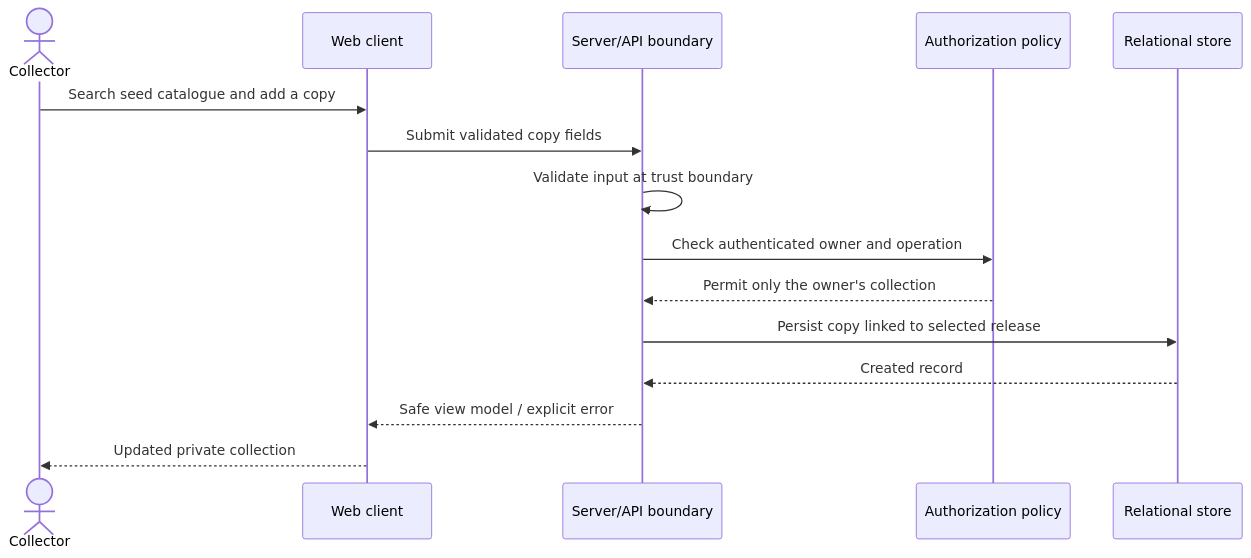
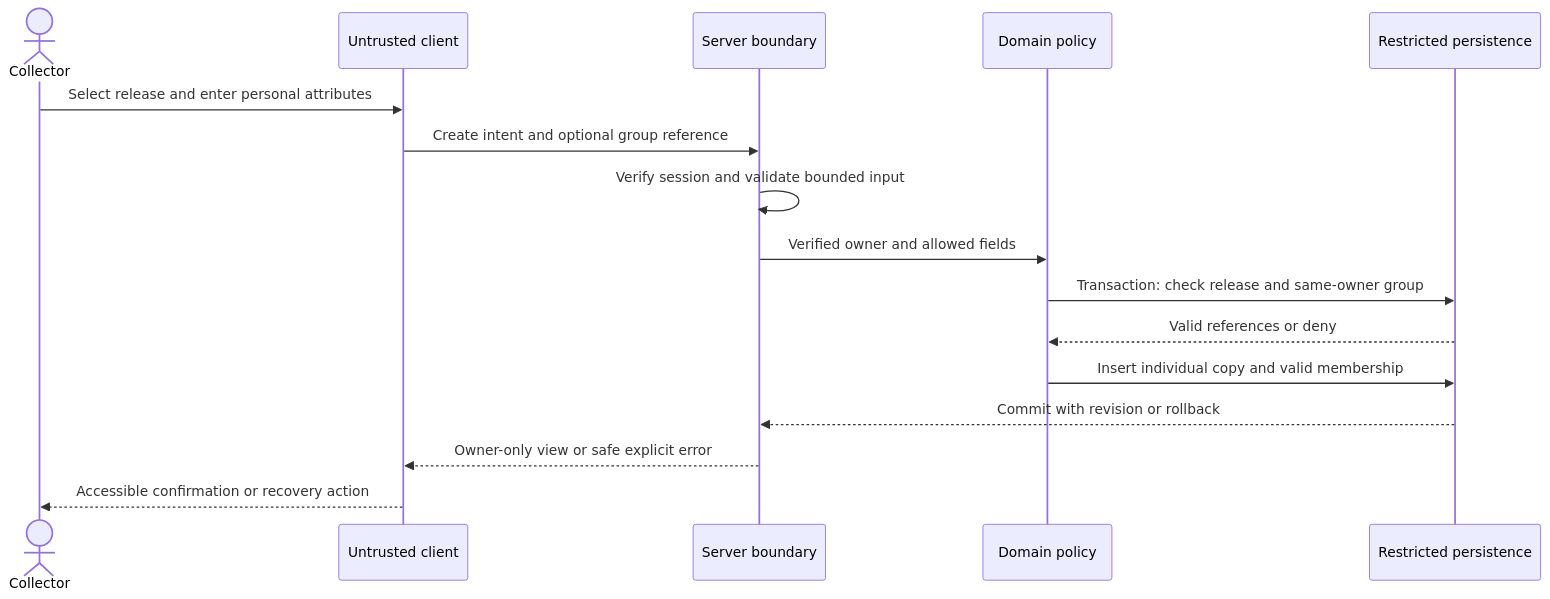
One commit to bretthotep/Game-Curator changed the third of 6 diagrams in docs/architecture/overview.md. Above: the diagram before and after it, drawn with Mermaid. The commit also changed other lines of this file and 10 other files, not shown here.

````diff
--- a/docs/architecture/overview.md
+++ b/docs/architecture/overview.md
@@ -49,18 +131,20 @@
 ```mermaid
 sequenceDiagram
+  accTitle: Proposed create-copy authorization and transaction flow
+  accDescr: The server verifies identity, validates inputs, checks catalogue and same-owner collection, commits a copy and membership together, and returns an owner-only view.
   actor C as Collector
-  participant W as Web client
-  participant A as Server/API boundary
-  participant P as Authorization policy
-  participant D as Relational store
-
-  C->>W: Search seed catalogue and add a copy
-  W->>A: Submit validated copy fields
-  A->>A: Validate input at trust boundary
-  A->>P: Check authenticated owner and operation
-  P-->>A: Permit only the owner's collection
-  A->>D: Persist copy linked to selected release
-  D-->>A: Created record
-  A-->>W: Safe view model / explicit error
-  W-->>C: Updated private collection
+  participant W as Untrusted client
+  participant A as Server boundary
+  participant D as Domain policy
+  participant P as Restricted persistence
+  C->>W: Select release and enter personal attributes
+  W->>A: Create intent and optional group reference
+  A->>A: Verify session and validate bounded input
+  A->>D: Verified owner and allowed fields
+  D->>P: Transaction: check release and same-owner group
+  P-->>D: Valid references or deny
+  D->>P: Insert individual copy and valid membership
+  P-->>A: Commit with revision or rollback
+  A-->>W: Owner-only view or safe explicit error
+  W-->>C: Accessible confirmation or recovery action
 ```
````
